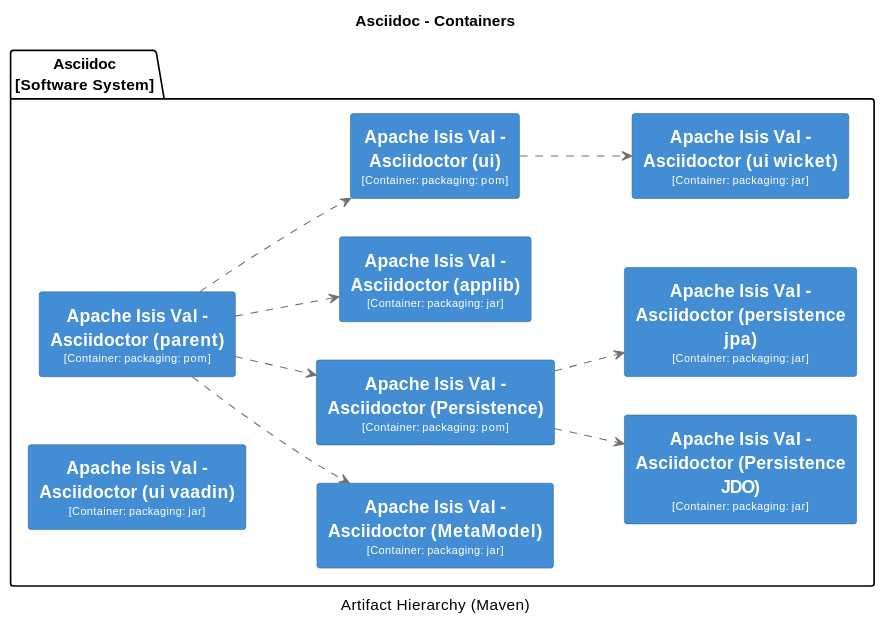
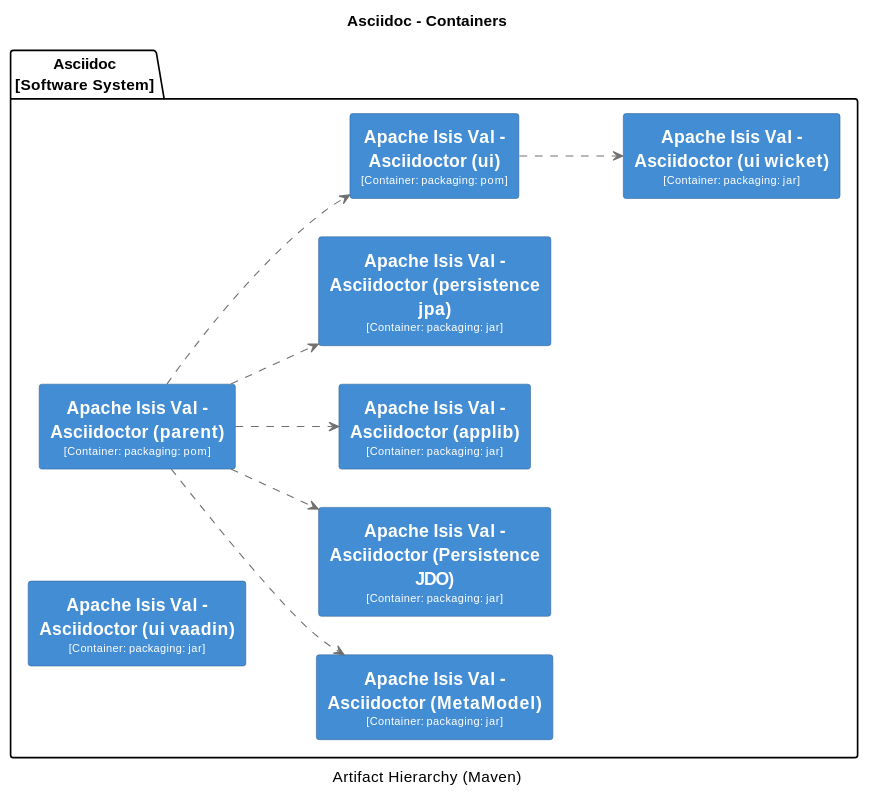
Diagram 18 of 32 in core/adoc/modules/_overview/pages/about.adoc (apache/causeway), drawn with PlantUML before and after one commit. The commit also changed other lines of this file and 23 other files, not shown here.

```diff
--- a/core/adoc/modules/_overview/pages/about.adoc
+++ b/core/adoc/modules/_overview/pages/about.adoc
@@ -3315,80 +3315,73 @@
 [plantuml,Asciidoc,svg]
 ----
 @startuml(id=Asciidoc)
 title Asciidoc - Containers
 caption Artifact Hierarchy (Maven)
 
 skinparam {
   shadowing false
   arrowFontSize 10
   defaultTextAlignment center
   wrapWidth 200
   maxMessageSize 100
 }
 hide stereotype
 left to right direction
 skinparam rectangle<<2>> {
   BackgroundColor #438dd5
   FontColor #fffffe
   BorderColor #2E6295
 }
 skinparam rectangle<<3>> {
   BackgroundColor #438dd5
   FontColor #fffffe
   BorderColor #2E6295
 }
 skinparam rectangle<<4>> {
   BackgroundColor #438dd5
   FontColor #fffffe
   BorderColor #2E6295
 }
 skinparam rectangle<<5>> {
   BackgroundColor #438dd5
   FontColor #fffffe
   BorderColor #2E6295
 }
 skinparam rectangle<<6>> {
   BackgroundColor #438dd5
   FontColor #fffffe
   BorderColor #2E6295
 }
 skinparam rectangle<<7>> {
   BackgroundColor #438dd5
   FontColor #fffffe
   BorderColor #2E6295
 }
 skinparam rectangle<<8>> {
   BackgroundColor #438dd5
   FontColor #fffffe
   BorderColor #2E6295
 }
 skinparam rectangle<<9>> {
   BackgroundColor #438dd5
   FontColor #fffffe
   BorderColor #2E6295
 }
-skinparam rectangle<<10>> {
-  BackgroundColor #438dd5
-  FontColor #fffffe
-  BorderColor #2E6295
-}
 package "Asciidoc\n[Software System]" {
   rectangle "==Apache Isis Val - Asciidoctor (MetaModel)\n<size:10>[Container: packaging: jar]</size>" <<4>> as 4
-  rectangle "==Apache Isis Val - Asciidoctor (Persistence JDO)\n<size:10>[Container: packaging: jar]</size>" <<6>> as 6
-  rectangle "==Apache Isis Val - Asciidoctor (Persistence)\n<size:10>[Container: packaging: pom]</size>" <<5>> as 5
+  rectangle "==Apache Isis Val - Asciidoctor (Persistence JDO)\n<size:10>[Container: packaging: jar]</size>" <<5>> as 5
   rectangle "==Apache Isis Val - Asciidoctor (applib)\n<size:10>[Container: packaging: jar]</size>" <<3>> as 3
   rectangle "==Apache Isis Val - Asciidoctor (parent)\n<size:10>[Container: packaging: pom]</size>" <<2>> as 2
-  rectangle "==Apache Isis Val - Asciidoctor (persistence jpa)\n<size:10>[Container: packaging: jar]</size>" <<7>> as 7
-  rectangle "==Apache Isis Val - Asciidoctor (ui vaadin)\n<size:10>[Container: packaging: jar]</size>" <<9>> as 9
-  rectangle "==Apache Isis Val - Asciidoctor (ui wicket)\n<size:10>[Container: packaging: jar]</size>" <<10>> as 10
-  rectangle "==Apache Isis Val - Asciidoctor (ui)\n<size:10>[Container: packaging: pom]</size>" <<8>> as 8
+  rectangle "==Apache Isis Val - Asciidoctor (persistence jpa)\n<size:10>[Container: packaging: jar]</size>" <<6>> as 6
+  rectangle "==Apache Isis Val - Asciidoctor (ui vaadin)\n<size:10>[Container: packaging: jar]</size>" <<8>> as 8
+  rectangle "==Apache Isis Val - Asciidoctor (ui wicket)\n<size:10>[Container: packaging: jar]</size>" <<9>> as 9
+  rectangle "==Apache Isis Val - Asciidoctor (ui)\n<size:10>[Container: packaging: pom]</size>" <<7>> as 7
 }
-5 .[#707070].> 6 : ""
-5 .[#707070].> 7 : ""
 2 .[#707070].> 4 : ""
 2 .[#707070].> 5 : ""
 2 .[#707070].> 3 : ""
-2 .[#707070].> 8 : ""
-8 .[#707070].> 10 : ""
+2 .[#707070].> 6 : ""
+2 .[#707070].> 7 : ""
+7 .[#707070].> 9 : ""
 @enduml
 ----
```
